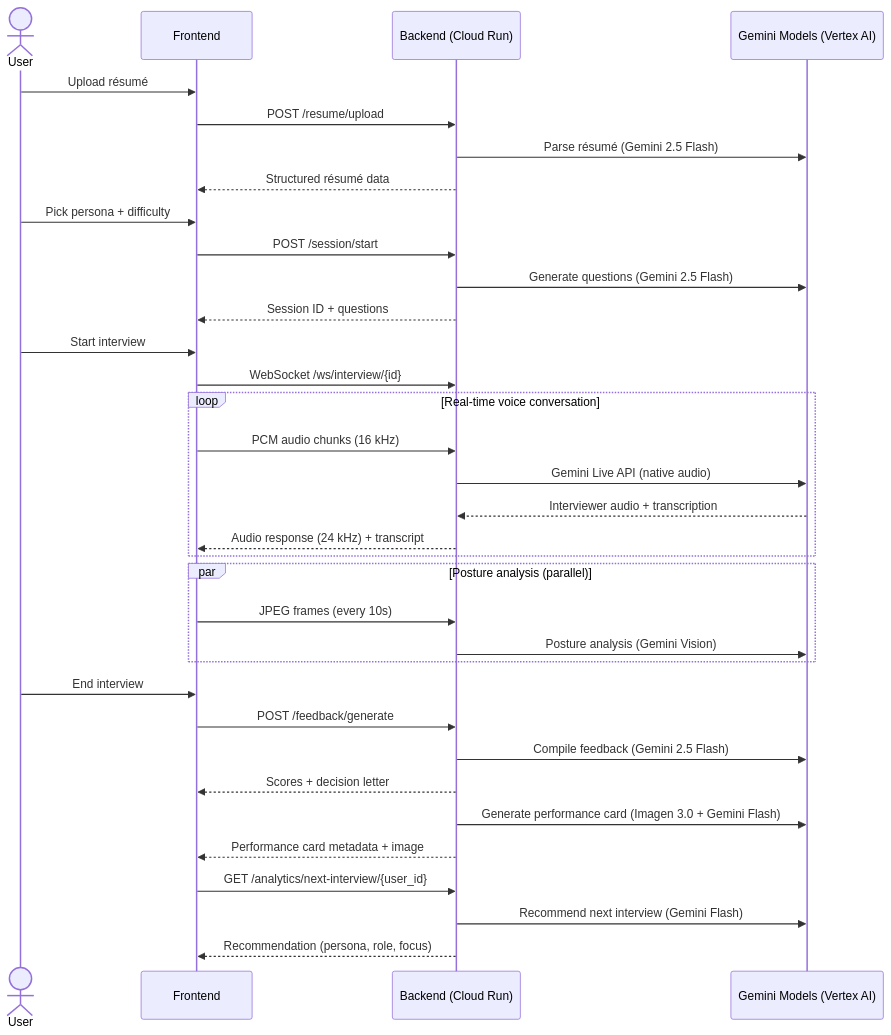
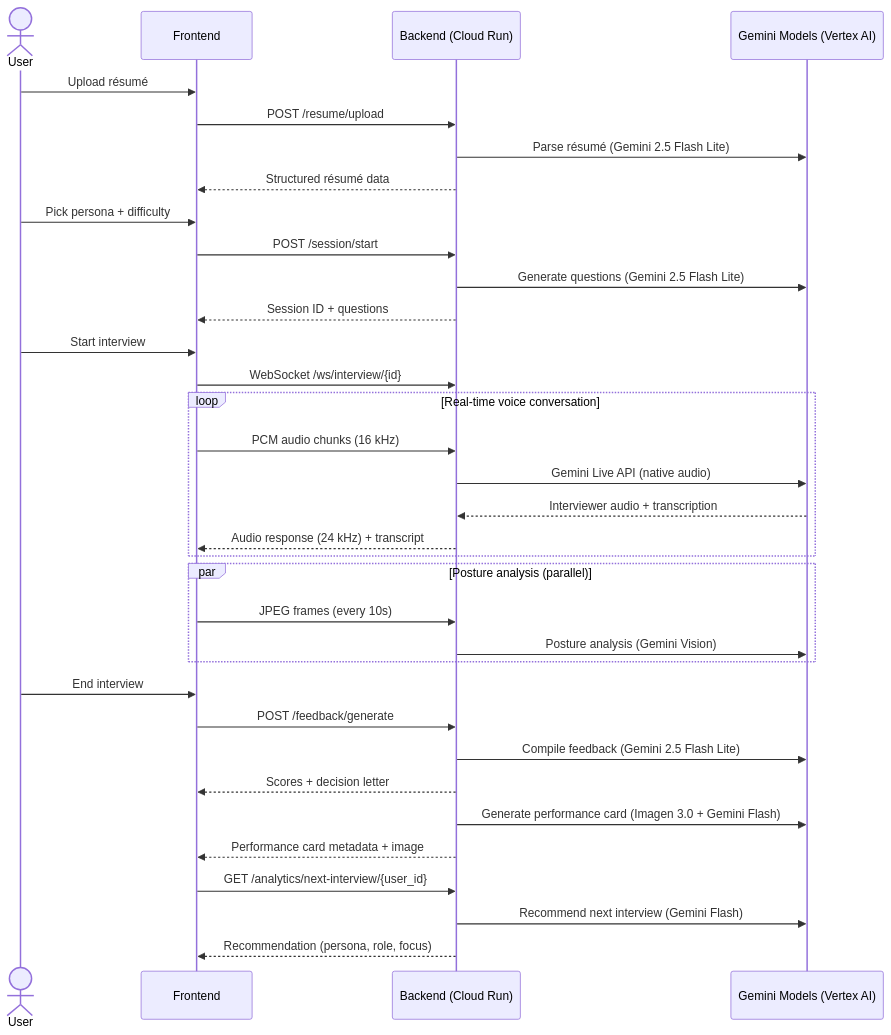
One commit to mockmate-app/mockmate changed the second of 3 diagrams in README.md. Above: the diagram before and after it, drawn with Mermaid. The commit also changed other lines of this file and 9 other files, not shown here.

````diff
--- a/README.md
+++ b/README.md
@@ -150,43 +150,43 @@
 ```mermaid
 sequenceDiagram
     actor User
     participant FE as Frontend
     participant BE as Backend (Cloud Run)
     participant Gemini as Gemini Models (Vertex AI)
 
     User->>FE: Upload résumé
     FE->>BE: POST /resume/upload
-    BE->>Gemini: Parse résumé (Gemini 2.5 Flash)
+    BE->>Gemini: Parse résumé (Gemini 2.5 Flash Lite)
     BE-->>FE: Structured résumé data
 
     User->>FE: Pick persona + difficulty
     FE->>BE: POST /session/start
-    BE->>Gemini: Generate questions (Gemini 2.5 Flash)
+    BE->>Gemini: Generate questions (Gemini 2.5 Flash Lite)
     BE-->>FE: Session ID + questions
 
     User->>FE: Start interview
     FE->>BE: WebSocket /ws/interview/{id}
     loop Real-time voice conversation
         FE->>BE: PCM audio chunks (16 kHz)
         BE->>Gemini: Gemini Live API (native audio)
         Gemini-->>BE: Interviewer audio + transcription
         BE-->>FE: Audio response (24 kHz) + transcript
     end
 
     par Posture analysis (parallel)
         FE->>BE: JPEG frames (every 10s)
         BE->>Gemini: Posture analysis (Gemini Vision)
     end
 
     User->>FE: End interview
     FE->>BE: POST /feedback/generate
-    BE->>Gemini: Compile feedback (Gemini 2.5 Flash)
+    BE->>Gemini: Compile feedback (Gemini 2.5 Flash Lite)
     BE-->>FE: Scores + decision letter
 
     BE->>Gemini: Generate performance card (Imagen 3.0 + Gemini Flash)
     BE-->>FE: Performance card metadata + image
 
     FE->>BE: GET /analytics/next-interview/{user_id}
     BE->>Gemini: Recommend next interview (Gemini Flash)
     BE-->>FE: Recommendation (persona, role, focus)
 ```
````
